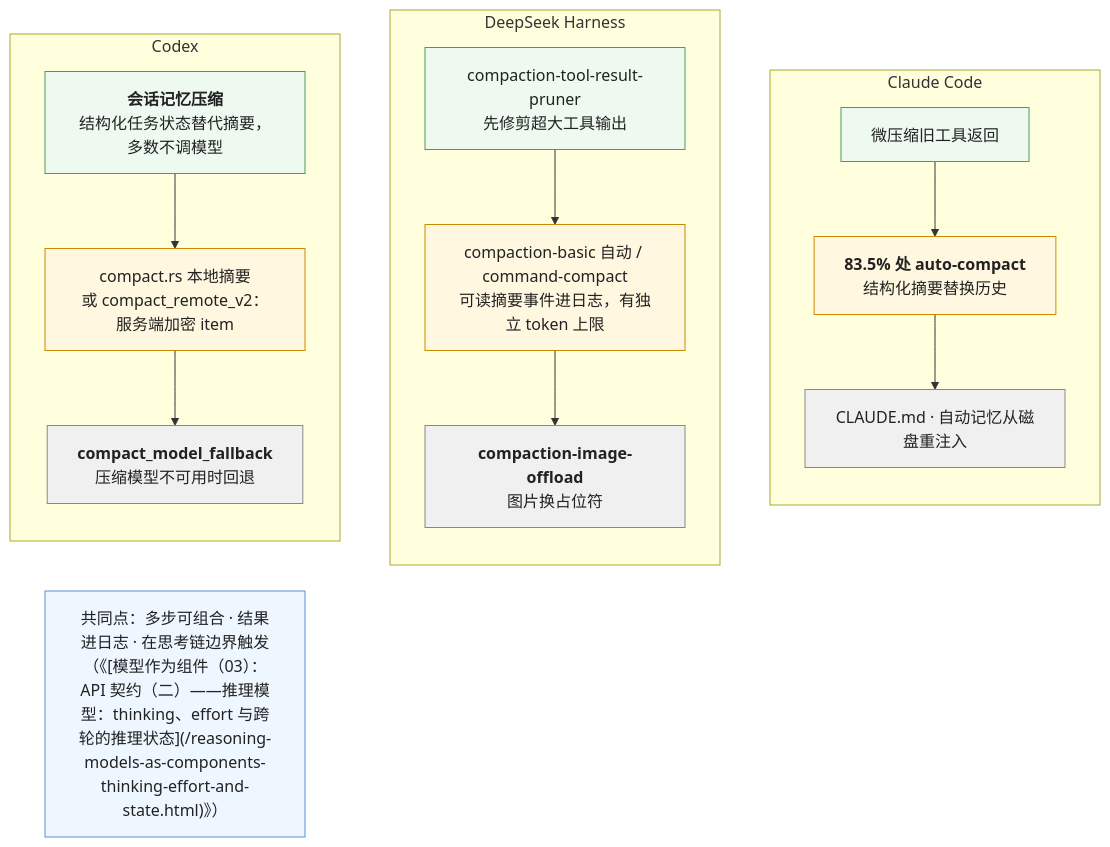
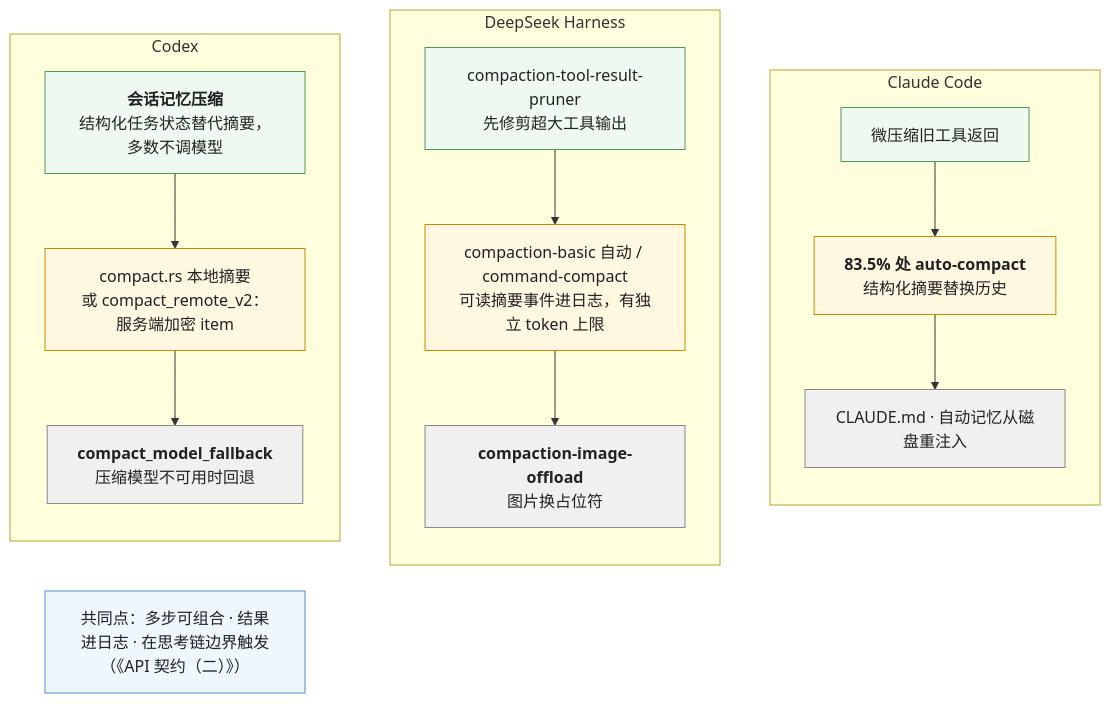
One commit to arganzheng/arganzheng.github.com changed the third of 5 diagrams in _posts/2026-10-24-long-horizon-context-management-and-subagents.md. Above: the diagram before and after it, drawn with Mermaid. The commit also changed 55 other files, not shown here.

First line of the commit message:
坐标 261 处改成文章标题，修 Mermaid 标签里显示源码的 bug

````diff
--- a/_posts/2026-10-24-long-horizon-context-management-and-subagents.md
+++ b/_posts/2026-10-24-long-horizon-context-management-and-subagents.md
@@ -96,26 +96,26 @@
 ```mermaid
 %% 图：三个 harness 的压缩链都是「便宜的一步 → 摘要 → 回退」——Codex：会话记忆压缩（结构化任务状态，多数不调模型）→ compact.rs 本地摘要或 compact_remote_v2 服务端加密 item → compact_model_fallback；DeepSeek Harness：tool-result-pruner 修剪 → compaction-basic 自动摘要 / 命令 → 可读事件进日志；Claude Code：微压缩旧工具返回 → 83.5% 处 auto-compact → CLAUDE.md 重注入；都在思考链边界触发、结果都写进日志
 flowchart LR
     subgraph CX["Codex"]
         direction TB
         C1["<b>会话记忆压缩</b><br/>结构化任务状态替代摘要，多数不调模型"] --> C2["compact.rs 本地摘要<br/>或 compact_remote_v2：服务端加密 item"] --> C3["<b>compact_model_fallback</b><br/>压缩模型不可用时回退"]
     end
     subgraph DS["DeepSeek Harness"]
         direction TB
         D1["compaction-tool-result-pruner<br/>先修剪超大工具输出"] --> D2["compaction-basic 自动 / command-compact<br/>可读摘要事件进日志，有独立 token 上限"] --> D3["<b>compaction-image-offload</b><br/>图片换占位符"]
     end
     subgraph CC["Claude Code"]
         direction TB
         K1["微压缩旧工具返回"] --> K2["<b>83.5% 处 auto-compact</b><br/>结构化摘要替换历史"] --> K3["CLAUDE.md · 自动记忆从磁盘重注入"]
     end
     CX ~~~ DS ~~~ CC
-    N["共同点：多步可组合 · 结果进日志 · 在思考链边界触发（《[模型作为组件（03）：API 契约（二）——推理模型：thinking、effort 与跨轮的推理状态](/reasoning-models-as-components-thinking-effort-and-state.html)》）"]
+    N["共同点：多步可组合 · 结果进日志 · 在思考链边界触发（《API 契约（二）》）"]
     classDef cheap fill:#eefaf0,stroke:#4d9a5c,color:#222
     classDef sum fill:#fff7e0,stroke:#c98a00,color:#222
     classDef fb fill:#f0f0f0,stroke:#888,color:#222
     classDef n fill:#eef6ff,stroke:#5b8fd6,color:#222
     class C1,D1,K1 cheap
     class C2,D2,K2 sum
     class C3,D3,K3 fb
     class N n
 ```
````
